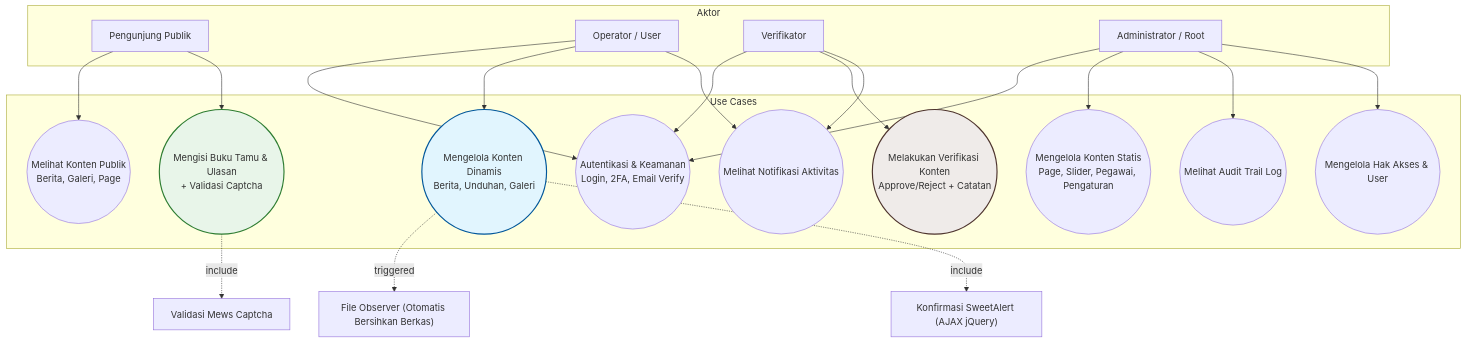
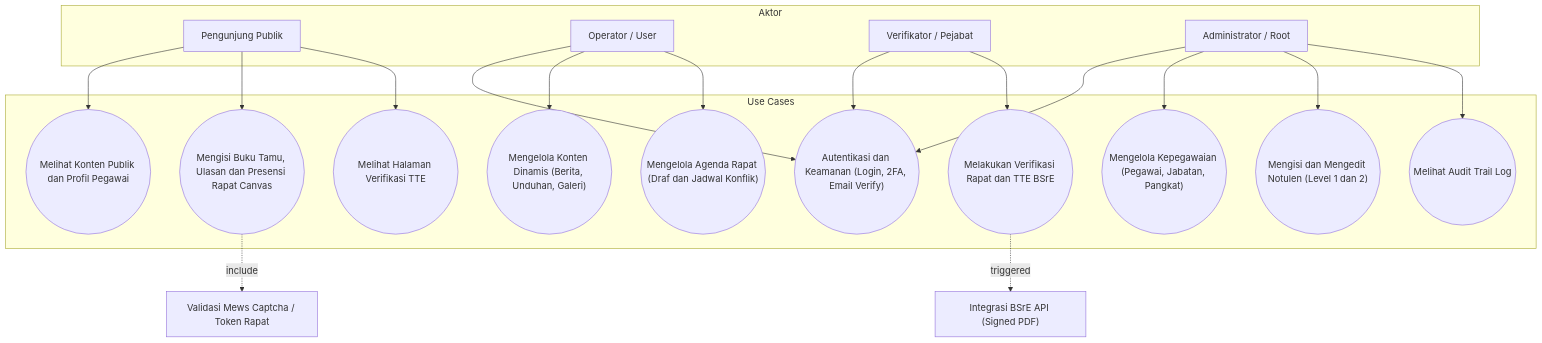
One commit to apriandewa/sakti changed the fifth of 6 diagrams in docs/PRD_Portal_Diskominfotik.md. Above: the diagram before and after it, drawn with Mermaid. The commit also changed other lines of this file and 28 other files, not shown here.

Commit message:
tambah modul presensi pegawai dan modul dokumentasi

````diff
--- a/docs/PRD_Portal_Diskominfotik.md
+++ b/docs/PRD_Portal_Diskominfotik.md
@@ -235,50 +303,45 @@
 ```mermaid
 graph TD
     %% Definisi Aktor
     subgraph Aktor
         A_Pub["Pengunjung Publik"]
         A_Op["Operator / User"]
-        A_Ver["Verifikator"]
+        A_Ver["Verifikator / Pejabat"]
         A_Adm["Administrator / Root"]
     end
 
     %% Definisi Use Cases
     subgraph Use Cases
-        UC1((Autentikasi & Keamanan<br/>Login, 2FA, Email Verify))
-        UC2((Melihat Konten Publik<br/>Berita, Galeri, Page))
-        UC3((Mengisi Buku Tamu & Ulasan<br/>+ Validasi Captcha))
-        UC4((Mengelola Konten Dinamis<br/>Berita, Unduhan, Galeri))
-        UC5((Mengelola Konten Statis<br/>Page, Slider, Pegawai, Pengaturan))
-        UC6((Melakukan Verifikasi Konten<br/>Approve/Reject + Catatan))
-        UC7((Melihat Notifikasi Aktivitas))
-        UC8((Melihat Audit Trail Log))
-        UC9((Mengelola Hak Akses & User))
+        UC1(("Autentikasi dan Keamanan (Login, 2FA, Email Verify)"))
+        UC2(("Melihat Konten Publik dan Profil Pegawai"))
+        UC3(("Mengisi Buku Tamu, Ulasan dan Presensi Rapat Canvas"))
+        UC4(("Mengelola Konten Dinamis (Berita, Unduhan, Galeri)"))
+        UC5(("Mengelola Kepegawaian (Pegawai, Jabatan, Pangkat)"))
+        UC6(("Mengelola Agenda Rapat (Draf dan Jadwal Konflik)"))
+        UC7(("Mengisi dan Mengedit Notulen (Level 1 dan 2)"))
+        UC8(("Melakukan Verifikasi Rapat dan TTE BSrE"))
+        UC9(("Melihat Halaman Verifikasi TTE"))
+        UC10(("Melihat Audit Trail Log"))
     end
 
     %% Relasi Aktor ke Use Cases
     A_Pub --> UC2
     A_Pub --> UC3
+    A_Pub --> UC9
 
     A_Op --> UC1
     A_Op --> UC4
-    A_Op --> UC7
+    A_Op --> UC6
 
     A_Ver --> UC1
-    A_Ver --> UC6
-    A_Ver --> UC7
+    A_Ver --> UC8
 
     A_Adm --> UC1
     A_Adm --> UC5
-    A_Adm --> UC8
-    A_Adm --> UC9
+    A_Adm --> UC7
+    A_Adm --> UC10
 
     %% Catatan Tambahan UI/Sistem
-    UC3 -.->|include| UC_Captcha["Validasi Mews Captcha"]
-    UC4 -.->|triggered| UC_Observer["File Observer (Otomatis Bersihkan Berkas)"]
-    UC4 -.->|include| UC_SweetAlert["Konfirmasi SweetAlert (AJAX jQuery)"]
-
-    %% Styling
-    style UC4 fill:#e1f5fe,stroke:#01579b,stroke-width:2px
-    style UC6 fill:#efebe9,stroke:#4e342e,stroke-width:2px
-    style UC3 fill:#e8f5e9,stroke:#2e7d32,stroke-width:2px
+    UC3 -.->|include| UC_Captcha["Validasi Mews Captcha / Token Rapat"]
+    UC8 -.->|triggered| UC_Bsre["Integrasi BSrE API (Signed PDF)"]
 ```
````
